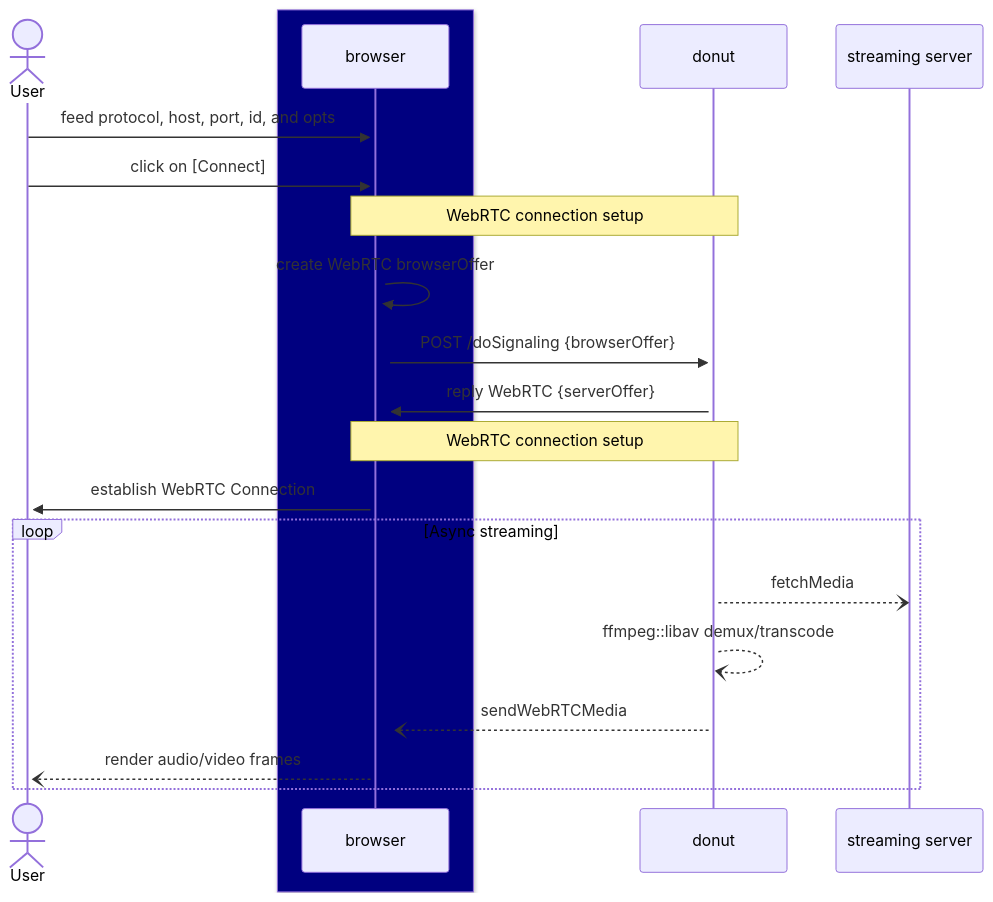
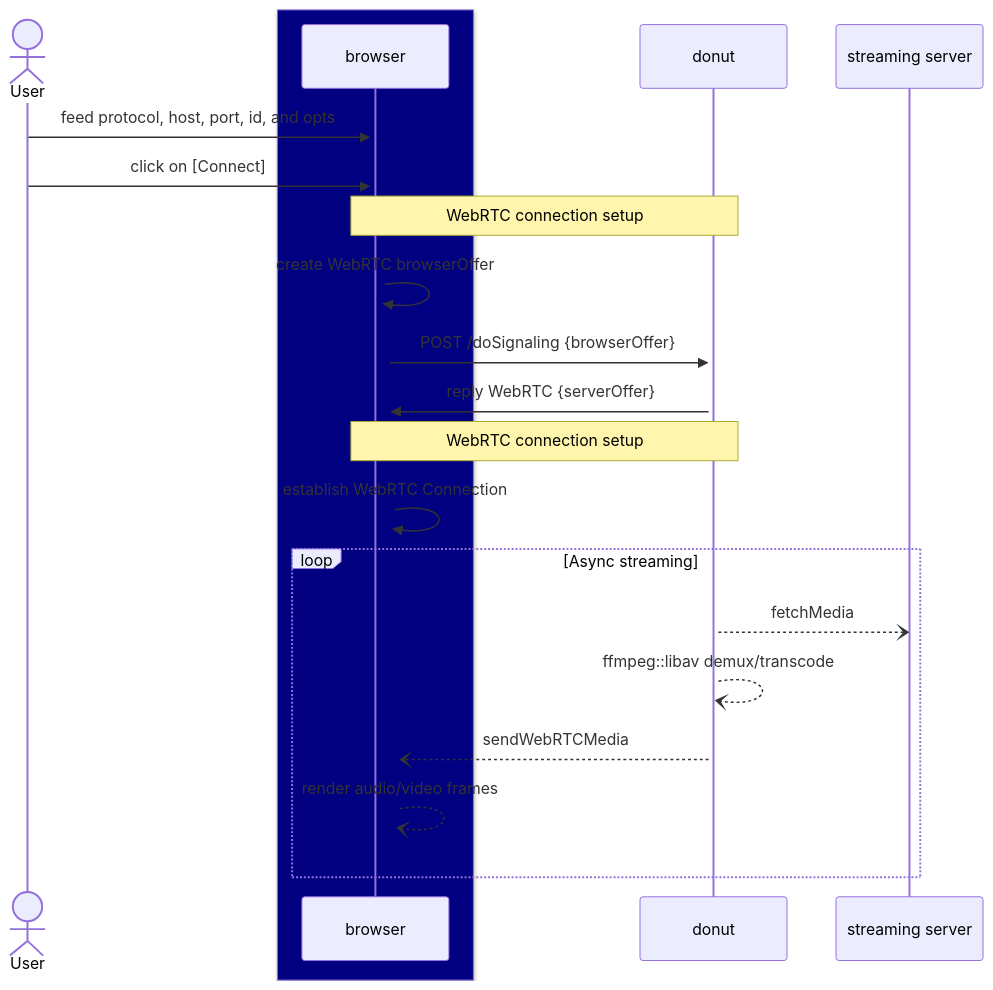
One commit to flavioribeiro/donut changed the first of 2 diagrams in HOW_IT_WORKS.md. Above: the diagram before and after it, drawn with Mermaid.

````diff
--- a/HOW_IT_WORKS.md
+++ b/HOW_IT_WORKS.md
@@ -3,29 +3,29 @@
 ```mermaid
 sequenceDiagram
     actor User
 
     box Navy
         participant browser
     end
 
     User->>+browser: feed protocol, host, port, id, and opts
     User->>+browser: click on [Connect]
     
     Note over donut,browser: WebRTC connection setup
     
     browser->>+browser: create WebRTC browserOffer
     browser->>+donut: POST /doSignaling {browserOffer}
 
     donut->>+browser: reply WebRTC {serverOffer}
 
     Note over donut,browser: WebRTC connection setup
 
-    browser->>+User: establish WebRTC Connection
+    browser->>+browser: establish WebRTC Connection
 
     loop Async streaming
         donut--)streaming server: fetchMedia
         donut--)donut: ffmpeg::libav demux/transcode
         donut--)browser: sendWebRTCMedia
-        browser--)User: render audio/video frames
+        browser--)browser: render audio/video frames
     end
 ```
````
